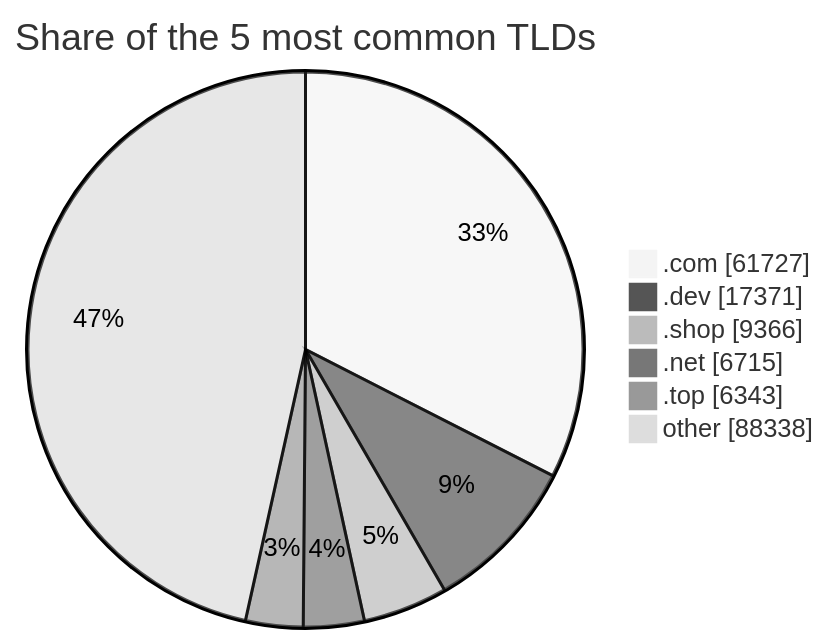
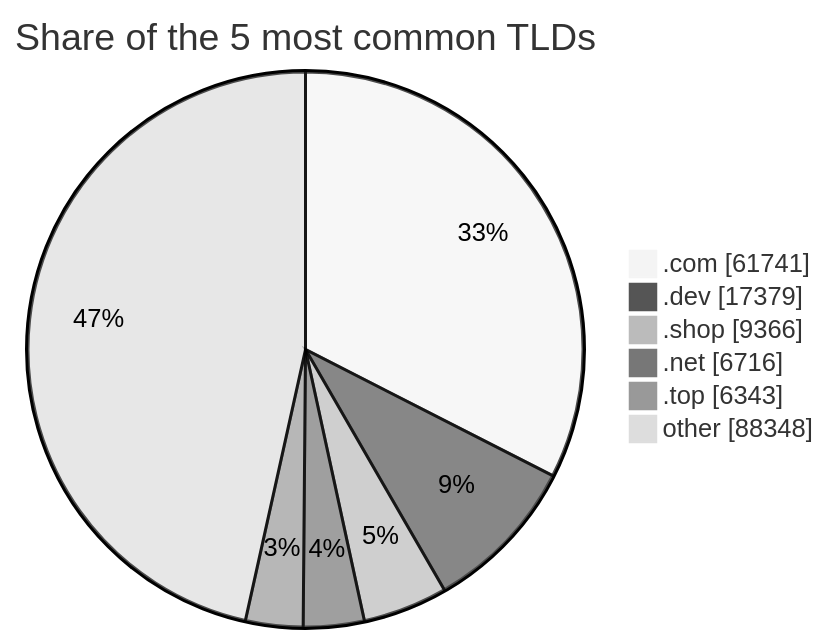
One commit to DNSBunker/CTI changed the third of 3 diagrams in README.md. Above: the diagram before and after it, drawn with Mermaid (neutral theme). The commit also changed other lines of this file and 3 other files, not shown here.

````diff
--- a/README.md
+++ b/README.md
@@ -81,9 +81,9 @@
 ```mermaid
 pie showData title Share of the 5 most common TLDs
-    ".com" : 61727
-    ".dev" : 17371
+    ".com" : 61741
+    ".dev" : 17379
     ".shop" : 9366
-    ".net" : 6715
+    ".net" : 6716
     ".top" : 6343
-    "other" : 88338
+    "other" : 88348
 ```
````
